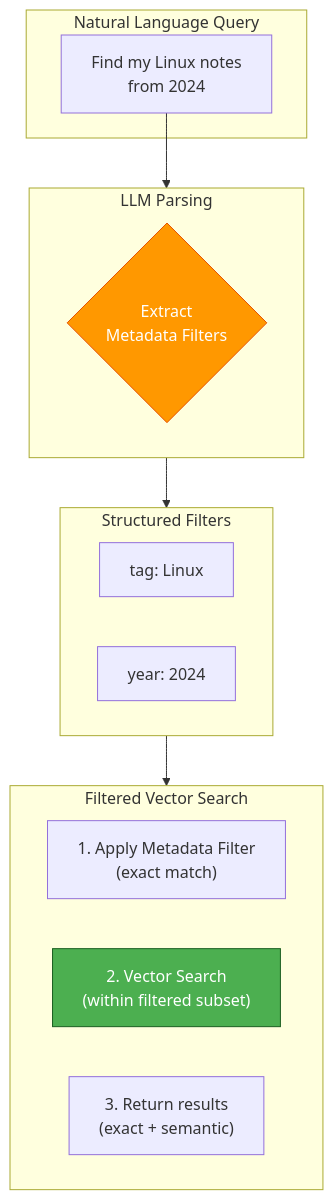
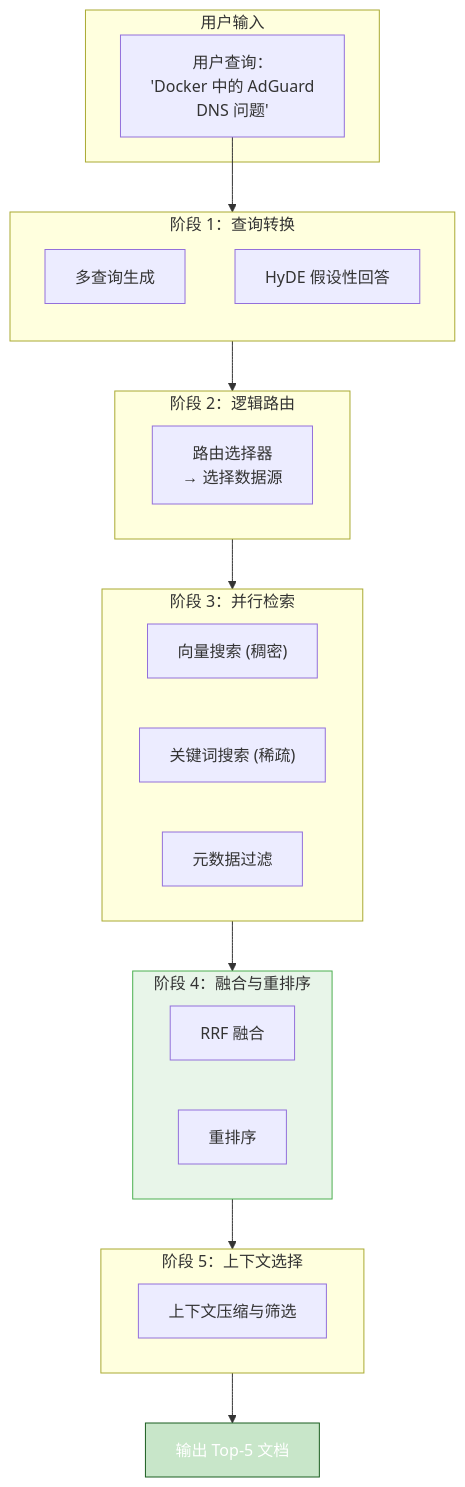
The tenth of 10 diagrams in i18n/zh-Hans/docusaurus-plugin-content-docs/current/ai/rag/04-retrieval.mdx (YiWang24/AiDIY), drawn with Mermaid before and after one commit. The commit also changed other lines of this file and 59 other files, not shown here.

````diff
--- a/i18n/zh-Hans/docusaurus-plugin-content-docs/current/ai/rag/04-retrieval.mdx
+++ b/i18n/zh-Hans/docusaurus-plugin-content-docs/current/ai/rag/04-retrieval.mdx
@@ -1176,28 +487,36 @@
 ```mermaid
 flowchart TB
-    subgraph Query["Natural Language Query"]
-        Q["Find my Linux notes<br/>from 2024"]
+    subgraph Input["用户输入"]
+        Q["用户查询：<br/>'Docker 中的 AdGuard<br/>DNS 问题'"]
     end
 
-    subgraph Parse["LLM Parsing"]
-        P{Extract<br/>Metadata Filters}
+    subgraph Stage1["阶段 1：查询转换"]
+        direction TB
+        MQ["多查询生成"]
+        HYDE["HyDE 假设性回答"]
     end
 
-    subgraph Filters["Structured Filters"]
-        F1["tag: Linux"]
-        F2["year: 2024"]
+    subgraph Stage2["阶段 2：逻辑路由"]
+        R["路由选择器<br/>→ 选择数据源"]
     end
 
-    subgraph Search["Filtered Vector Search"]
-        Step1["1. Apply Metadata Filter<br/>(exact match)"]
-        Step2["2. Vector Search<br/>(within filtered subset)"]
-        Step3["3. Return results<br/>(exact + semantic)"]
+    subgraph Stage3["阶段 3：并行检索"]
+        VS["向量搜索 (稠密)"]
+        KS["关键词搜索 (稀疏)"]
+        MF["元数据过滤"]
     end
 
-    Q --> Parse
-    Parse --> Filters
-    Filters --> Search
+    subgraph Stage4["阶段 4：融合与重排序"]
+        RRF["RRF 融合"]
+        CE["重排序"]
+    end
 
-    style P fill:#ff9800,stroke:#e65100,color:#fff
-    style Step2 fill:#4caf50,stroke:#1b5e20,color:#fff
+    subgraph Stage5["阶段 5：上下文选择"]
+        CS["上下文压缩与筛选"]
+    end
+
+    Q --> Stage1 --> Stage2 --> Stage3 --> Stage4 --> Stage5 --> F["输出 Top-5 文档"]
+
+    style Stage4 fill:#e8f5e9,stroke:#4caf50
+    style F fill:#c8e6c9,stroke:#1b5e20,color:#fff
 ```
````
